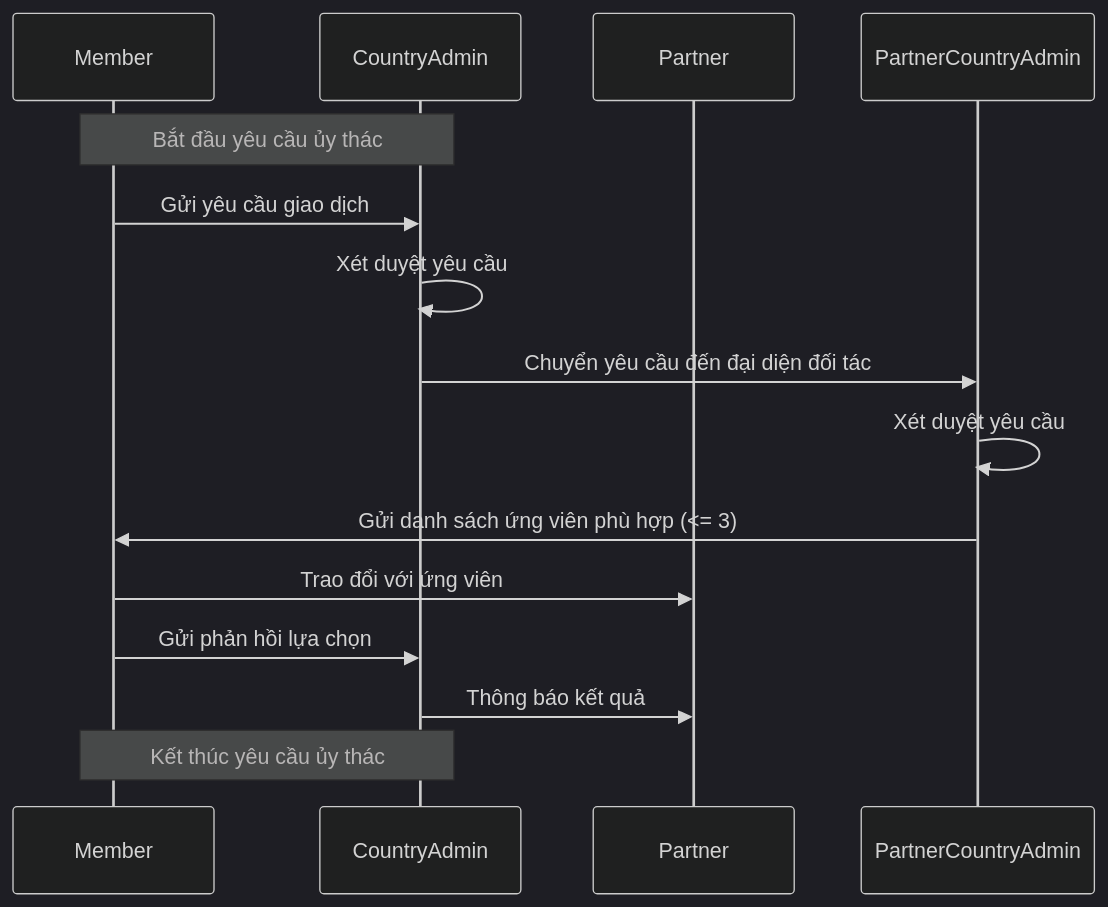
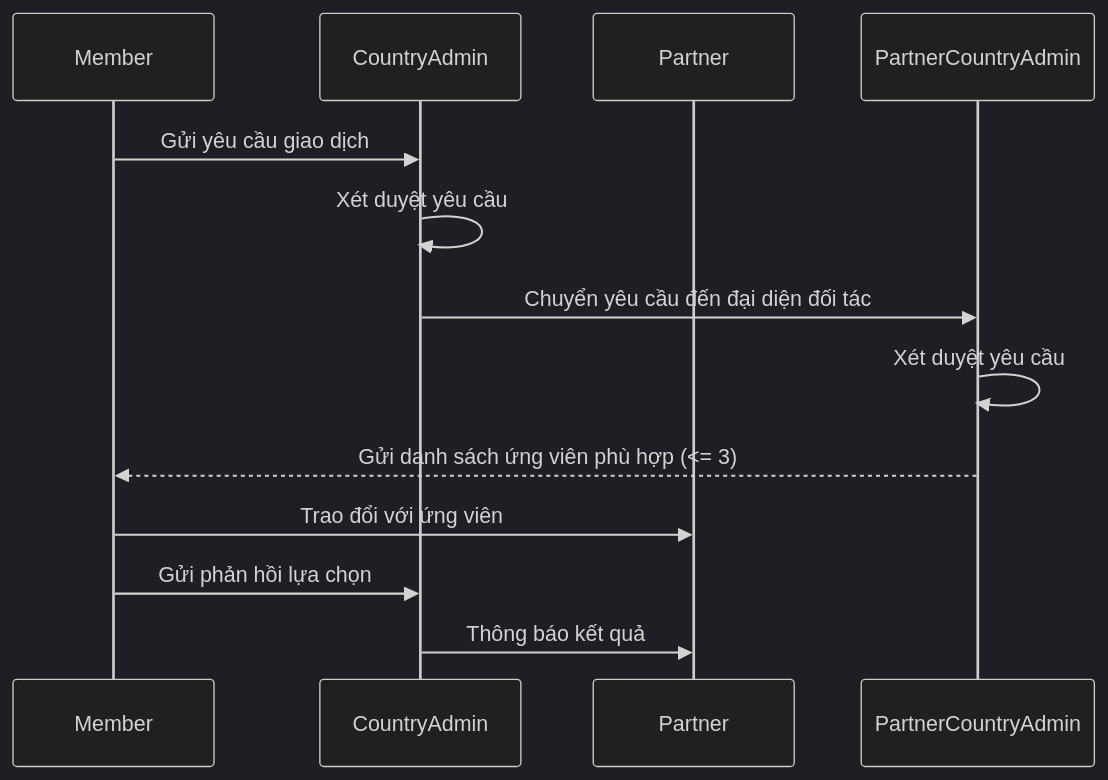
The diagram in negotiation_vn.mmd (yopaz-tuanta/aloha-mermaid), drawn with Mermaid (dark theme) before and after one commit. The commit also changed 1 other file, not shown here.

Commit message:
refactor: update sequence diagrams

```diff
--- a/negotiation_vn.mmd
+++ b/negotiation_vn.mmd
@@ -1,18 +1,15 @@
 sequenceDiagram
     participant Member
     participant CountryAdmin
     participant Partner
     participant PartnerCountryAdmin
 
-    Note over Member,CountryAdmin: Bắt đầu yêu cầu ủy thác
 
     Member->>CountryAdmin: Gửi yêu cầu giao dịch
     CountryAdmin->>CountryAdmin: Xét duyệt yêu cầu
     CountryAdmin->>PartnerCountryAdmin: Chuyển yêu cầu đến đại diện đối tác
     PartnerCountryAdmin->>PartnerCountryAdmin: Xét duyệt yêu cầu
-    PartnerCountryAdmin->>Member: Gửi danh sách ứng viên phù hợp (<= 3)
+    PartnerCountryAdmin-->>Member: Gửi danh sách ứng viên phù hợp (<= 3)
     Member->>Partner: Trao đổi với ứng viên
     Member->>CountryAdmin: Gửi phản hồi lựa chọn
     CountryAdmin->>Partner: Thông báo kết quả
-
-    Note over Member,CountryAdmin: Kết thúc yêu cầu ủy thác
```
